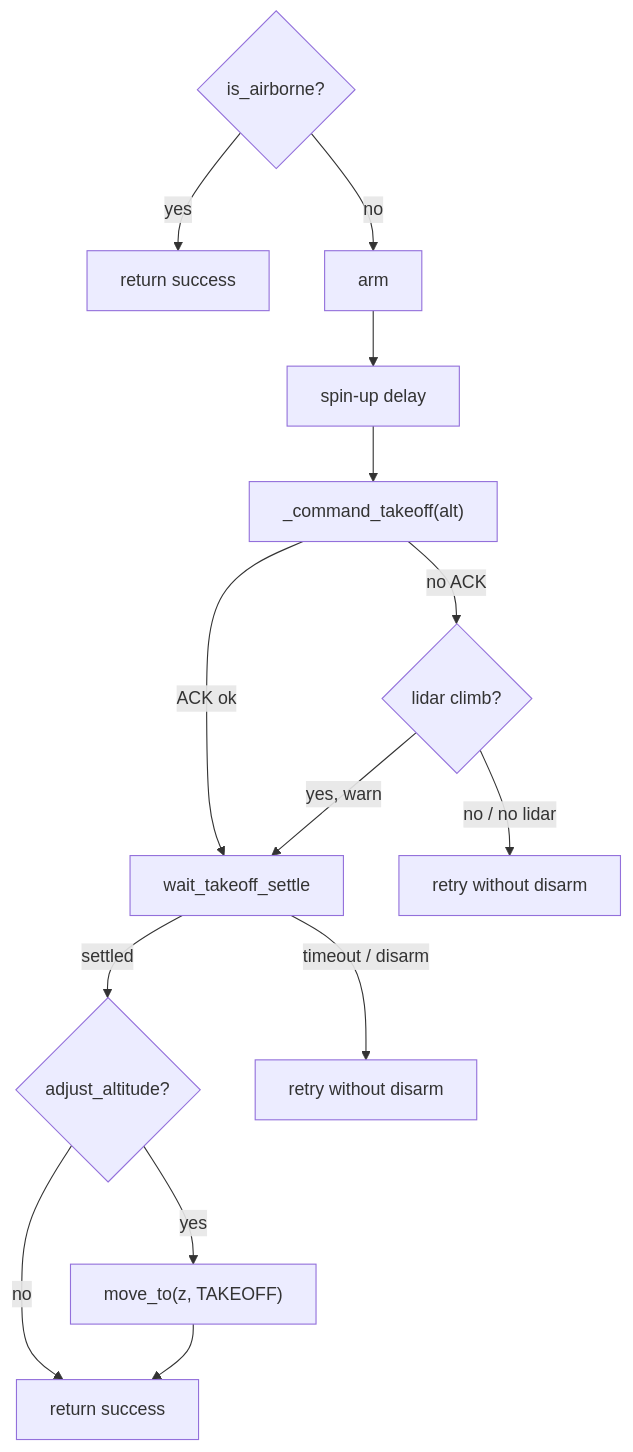
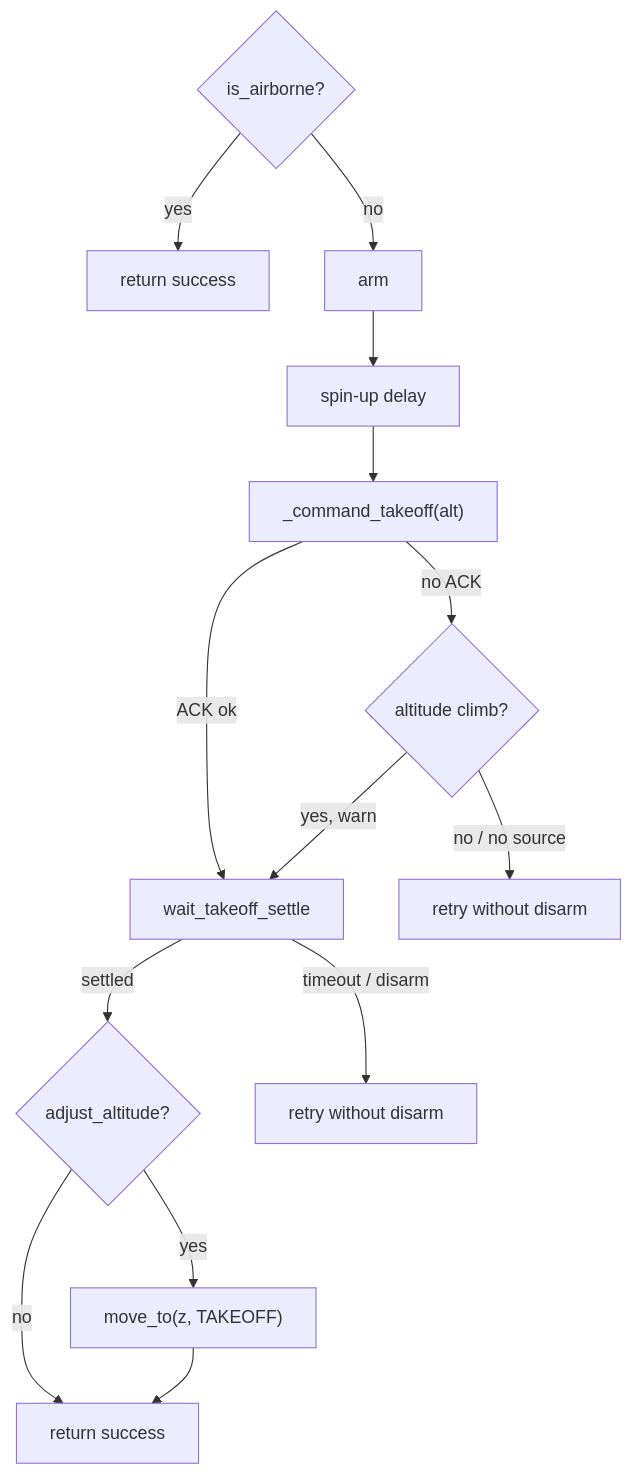
Before and after one commit to Black-Bee-Drones/nectar-sdk: the second of 5 diagrams in nectar/nectar/control/vehicle/README.md, drawn with Mermaid. The commit also changed other lines of this file and 2 other files, not shown here.

Commit message:
fix(takeoff): confirm no-ACK liftoff with best available altitude source
Use the source get_altitude(AUTO) resolves to at command time (lidar >
vision Z > relative altitude) instead of lidar only, pinned for the whole
check so readings are never compared across sensors.

````diff
--- a/nectar/nectar/control/vehicle/README.md
+++ b/nectar/nectar/control/vehicle/README.md
@@ -151,16 +151,16 @@
 ```mermaid
 flowchart TD
   T0{is_airborne?} -->|yes| TSkip[return success]
   T0 -->|no| T1[arm]
   T1 --> T2[spin-up delay]
   T2 --> T3["_command_takeoff(alt)"]
   T3 -->|ACK ok| T4[wait_takeoff_settle]
-  T3 -->|no ACK| TL{lidar climb?}
+  T3 -->|no ACK| TL{altitude climb?}
   TL -->|yes, warn| T4
-  TL -->|no / no lidar| TNoAck[retry without disarm]
+  TL -->|no / no source| TNoAck[retry without disarm]
   T4 -->|settled| T5{adjust_altitude?}
   T5 -->|yes| T6["move_to(z, TAKEOFF)"]
   T5 -->|no| TOk[return success]
   T6 --> TOk
   T4 -->|timeout / disarm| TRetry[retry without disarm]
 ```
````
